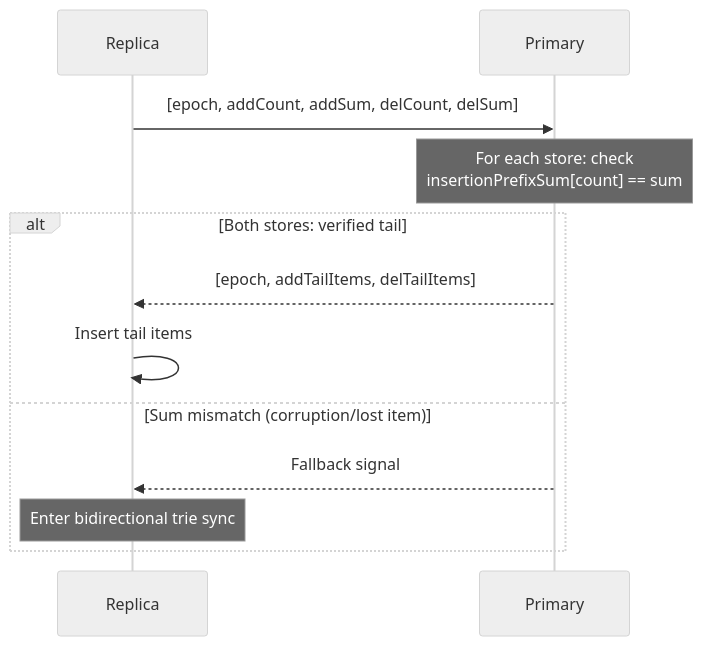
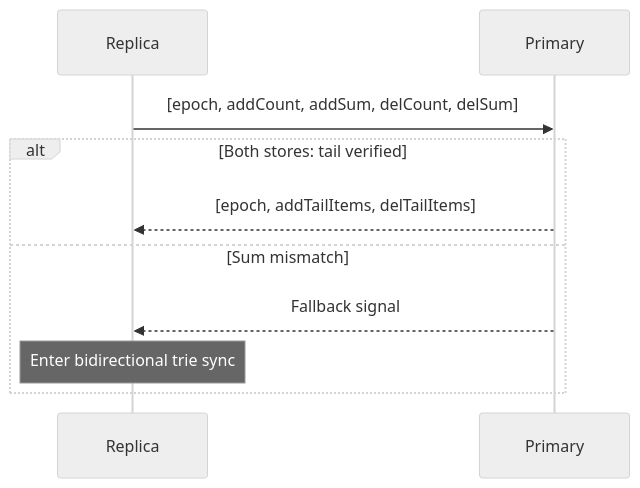
One commit to arj03/setsum-cs changed the first of 4 diagrams in SetSum/Sync/README.md. Above: the diagram before and after it, drawn with Mermaid (neutral theme). The commit also changed other lines of this file, not shown here.

````diff
--- a/SetSum/Sync/README.md
+++ b/SetSum/Sync/README.md
@@ -40,15 +38,13 @@
 ```mermaid
 sequenceDiagram
     participant R as Replica
     participant P as Primary
 
     R->>P: [epoch, addCount, addSum, delCount, delSum]
-    Note over P: For each store: check<br/>insertionPrefixSum[count] == sum
-    alt Both stores: verified tail
+    alt Both stores: tail verified
         P-->>R: [epoch, addTailItems, delTailItems]
-        R->>R: Insert tail items
-    else Sum mismatch (corruption/lost item)
+    else Sum mismatch
         P-->>R: Fallback signal
         Note over R: Enter bidirectional trie sync
     end
 ```
````
